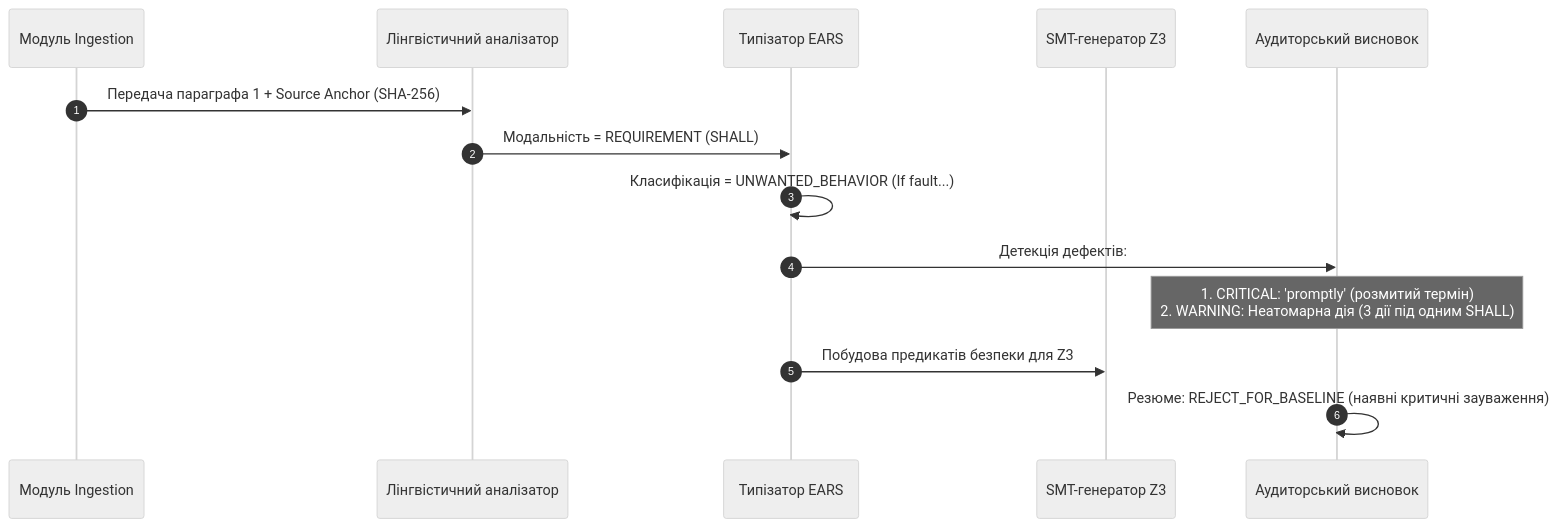
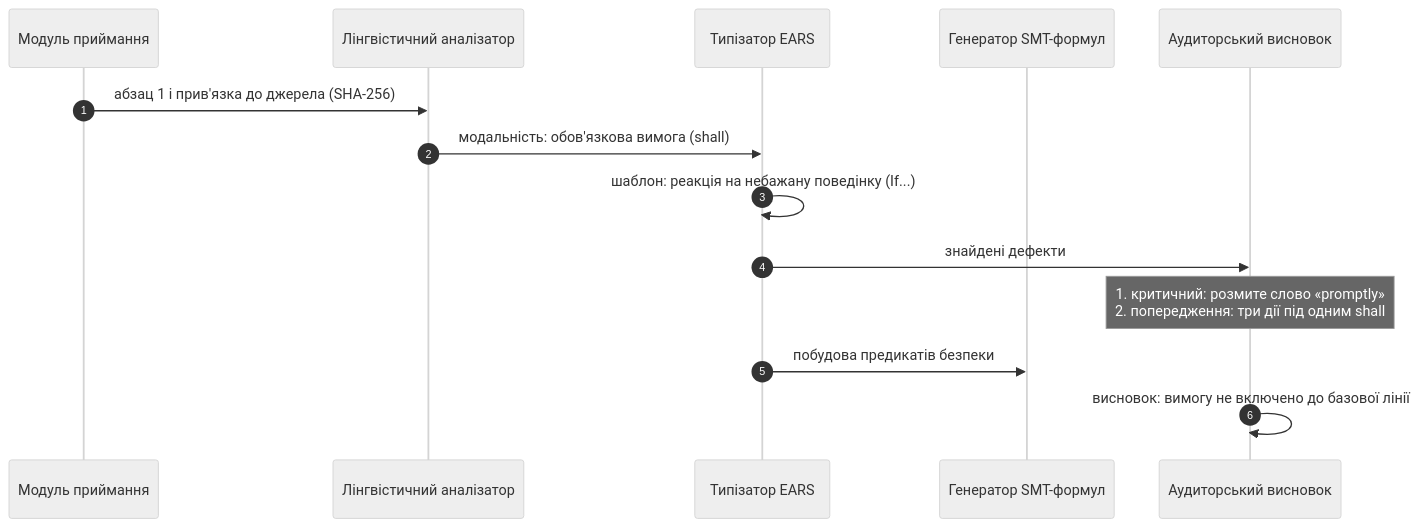
The fourth of 4 diagrams in ExpertSystem/ch14-requirements-detection-and-formalization.md (nick-fedchik/articles), drawn with Mermaid (neutral theme) before and after one commit. The commit also changed other lines of this file, not shown here.

````diff
--- a/ExpertSystem/ch14-requirements-detection-and-formalization.md
+++ b/ExpertSystem/ch14-requirements-detection-and-formalization.md
@@ -650,20 +451,20 @@
 ```mermaid
 sequenceDiagram
-    accTitle: Послідовність аудиту вимоги ASIL-C
-    accDescr: Діаграма взаємодії модуля ingestion, парсера, EARS-типізатора та SMT-генератора для перевірки вимоги.
+    accTitle: Послідовність аудиту вимоги ASIL C
+    accDescr: Модуль приймання, лінгвістичний аналізатор, типізатор EARS і генератор SMT-формул послідовно обробляють вимогу й формують аудиторський висновок.
 
     autonumber
-    participant Ingest as Модуль Ingestion
+    participant Ingest as Модуль приймання
     participant Parser as Лінгвістичний аналізатор
     participant EARS as Типізатор EARS
-    participant SMT as SMT-генератор Z3
+    participant SMT as Генератор SMT-формул
     participant Audit as Аудиторський висновок
 
-    Ingest->>Parser: Передача параграфа 1 + Source Anchor (SHA-256)
-    Parser->>EARS: Модальність = REQUIREMENT (SHALL)
-    EARS->>EARS: Класифікація = UNWANTED_BEHAVIOR (If fault...)
-    EARS->>Audit: Детекція дефектів: 
-    Note over Audit: 1. CRITICAL: 'promptly' (розмитий термін)<br/>2. WARNING: Неатомарна дія (3 дії під одним SHALL)
-    EARS->>SMT: Побудова предикатів безпеки для Z3
-    Audit->>Audit: Резюме: REJECT_FOR_BASELINE (наявні критичні зауваження)
+    Ingest->>Parser: абзац 1 і прив'язка до джерела (SHA-256)
+    Parser->>EARS: модальність: обов'язкова вимога (shall)
+    EARS->>EARS: шаблон: реакція на небажану поведінку (If...)
+    EARS->>Audit: знайдені дефекти
+    Note over Audit: 1. критичний: розмите слово «promptly»<br/>2. попередження: три дії під одним shall
+    EARS->>SMT: побудова предикатів безпеки
+    Audit->>Audit: висновок: вимогу не включено до базової лінії
 ```
````
